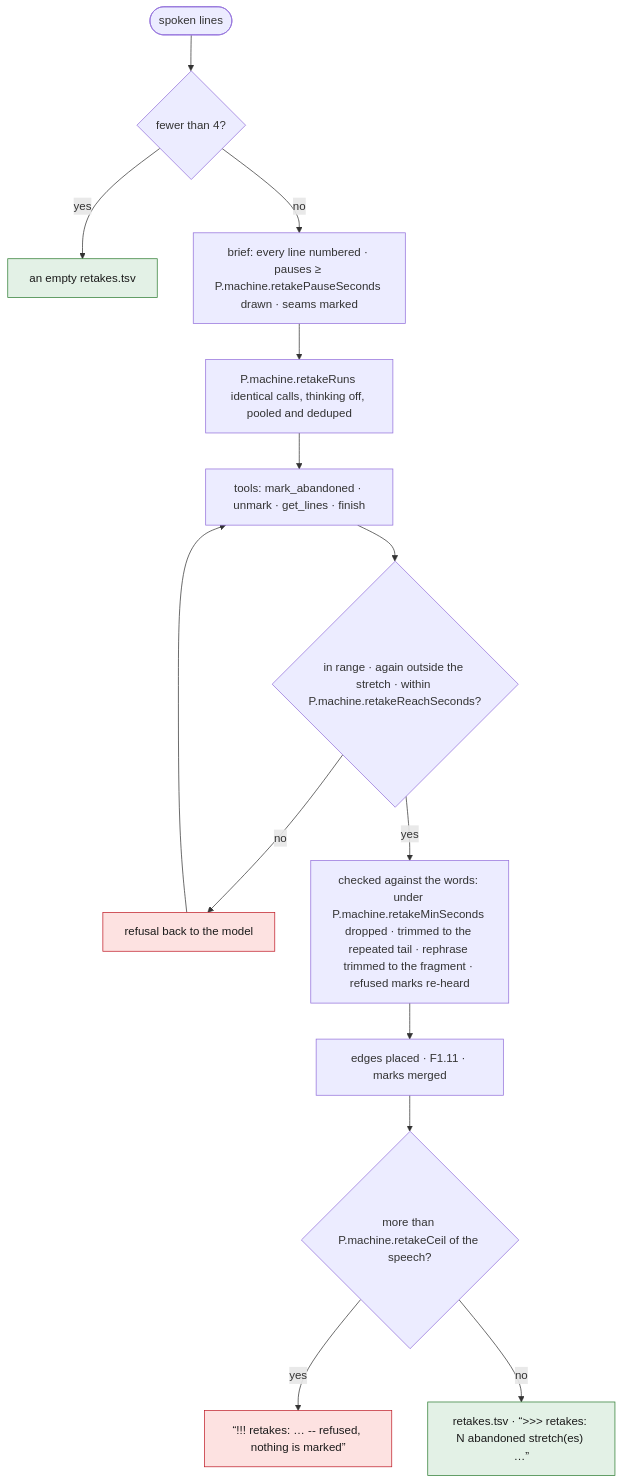
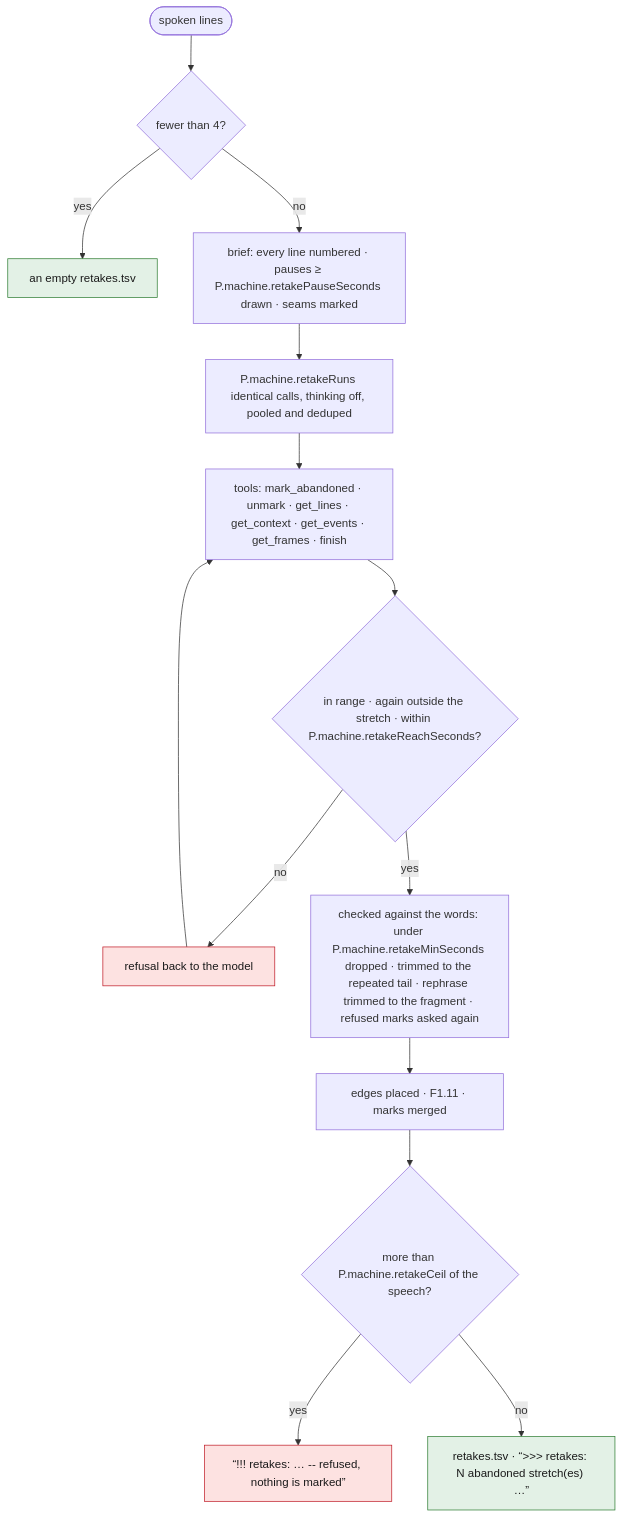
Before and after one commit to tbocek/naivepost: the ninth of 12 diagrams in spec/04-prepare.md, drawn with Mermaid. The commit also changed other lines of this file and 19 other files, not shown here.

````diff
--- a/spec/04-prepare.md
+++ b/spec/04-prepare.md
@@ -271,19 +273,19 @@
 ```mermaid
 flowchart TD
   A(["spoken lines"]) --> F{"fewer than 4?"}
   F -- yes --> E["an empty retakes.tsv"]:::done
   F -- no --> BR["brief: every line numbered · pauses ≥ P.machine.retakePauseSeconds drawn · seams marked"]
   BR --> RUNS["P.machine.retakeRuns identical calls, thinking off, pooled and deduped"]
-  RUNS --> T["tools: mark_abandoned · unmark · get_lines · finish"]
+  RUNS --> T["tools: mark_abandoned · unmark · get_lines · get_context · get_events · get_frames · finish"]
   T --> V{"in range · again outside the stretch · within P.machine.retakeReachSeconds?"}
   V -- no --> ERR["refusal back to the model"]:::refuse
   ERR --> T
-  V -- yes --> VW["checked against the words: under P.machine.retakeMinSeconds dropped · trimmed to the repeated tail · rephrase trimmed to the fragment · refused marks re-heard"]
+  V -- yes --> VW["checked against the words: under P.machine.retakeMinSeconds dropped · trimmed to the repeated tail · rephrase trimmed to the fragment · refused marks asked again"]
   VW --> ED["edges placed · F1.11 · marks merged"]
   ED --> CEIL{"more than P.machine.retakeCeil of the speech?"}
   CEIL -- yes --> NONE["“!!! retakes: … -- refused, nothing is marked”"]:::refuse
   CEIL -- no --> W["retakes.tsv · “>>> retakes: N abandoned stretch(es) …”"]:::done
   classDef refuse fill:#fde2e1,stroke:#c01c28,color:#1a1a1a
   classDef done fill:#e3f1e6,stroke:#2e7d32,color:#1a1a1a
   classDef ask fill:#e8eefc,stroke:#3a63c8,color:#1a1a1a
 ```
````
